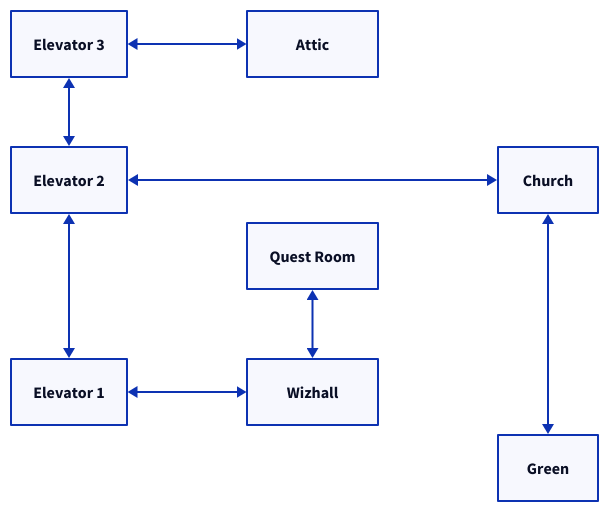
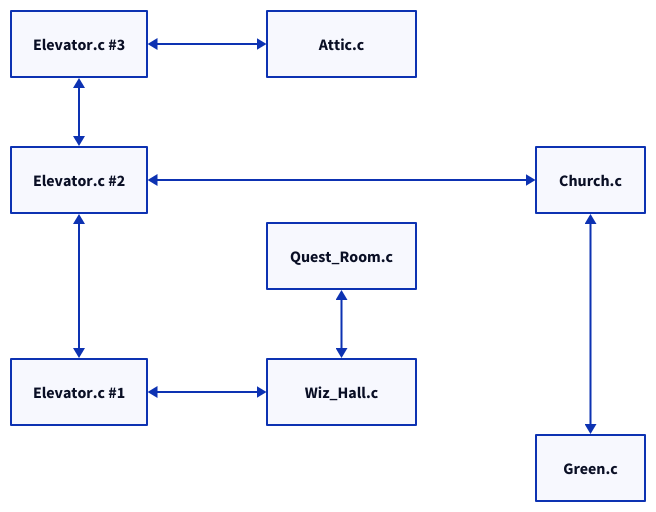
One commit to JodyByrd/lp-245 changed the diagram in maps/Church.d2. Above: the diagram before and after it, drawn with D2. The commit also changed 30 other files, not shown here.

```diff
--- a/maps/Church.d2
+++ b/maps/Church.d2
@@ -1,83 +1,83 @@
 # grid size
 grid-rows: 2
 grid-columns: 5
 grid-gap: 10
 
 # styles
 classes {
 
     #
     blank: {
         label: ""
         height: 50
         style: {
             fill: transparent
             stroke: transparent
         }
     }
 
 }
 
 # rooms
 
-0,0: Elevator 3
+0,0: Elevator.c \#3
 0,1.class: blank
-0,2: Attic
+0,2: Attic.c
 0,3.class: blank
 0,4.class: blank
 
 1,0.class: blank
 1,1.class: blank
 1,2.class: blank
 1,3.class: blank
 1,4.class: blank
 
-2,0: Elevator 2
+2,0: Elevator.c \#2
 2,1.class: blank
 2,2.class: blank
 2,3.class: blank
-2,4: Church
+2,4: Church.c
 
 3,0.class: blank
 3,1.class: blank
-3,2: Quest Room
+3,2: Quest_Room.c
 3,3.class: blank
 3,4.class: blank
 
 4,0.class: blank
 4,1.class: blank
 4,2.class: blank
 4,3.class: blank
 4,4.class: blank
 
-5,0: Elevator 1
+5,0: Elevator.c \#1
 5,1.class: blank
-5,2: Wizhall
+5,2: Wiz_Hall.c
 5,3.class: blank
 5,4.class: blank
 
 6,0.class: blank
 6,1.class: blank
 6,2.class: blank
 6,3.class: blank
-6,4: Green
+6,4: Green.c
 
 
 # connections
 
 # Elevator3
 0,0 <-> 0,2
 0,0 <-> 2,0
 
 # Elevator 2
 2,0 <-> 2,4
 2,0 <-> 5,0
 
 # Elevator 1
 5,0 <-> 5,2
 
 #Wizhall
 5,2 <-> 3,2
 
 #Church
 2,4 <-> 6,4
```
